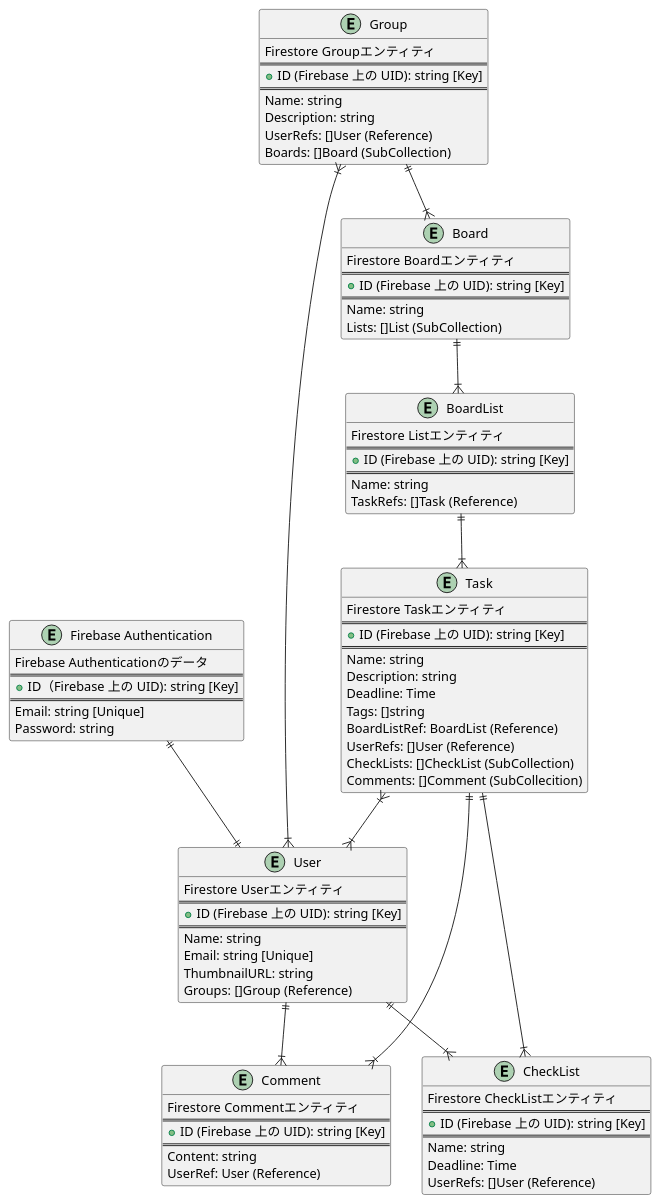
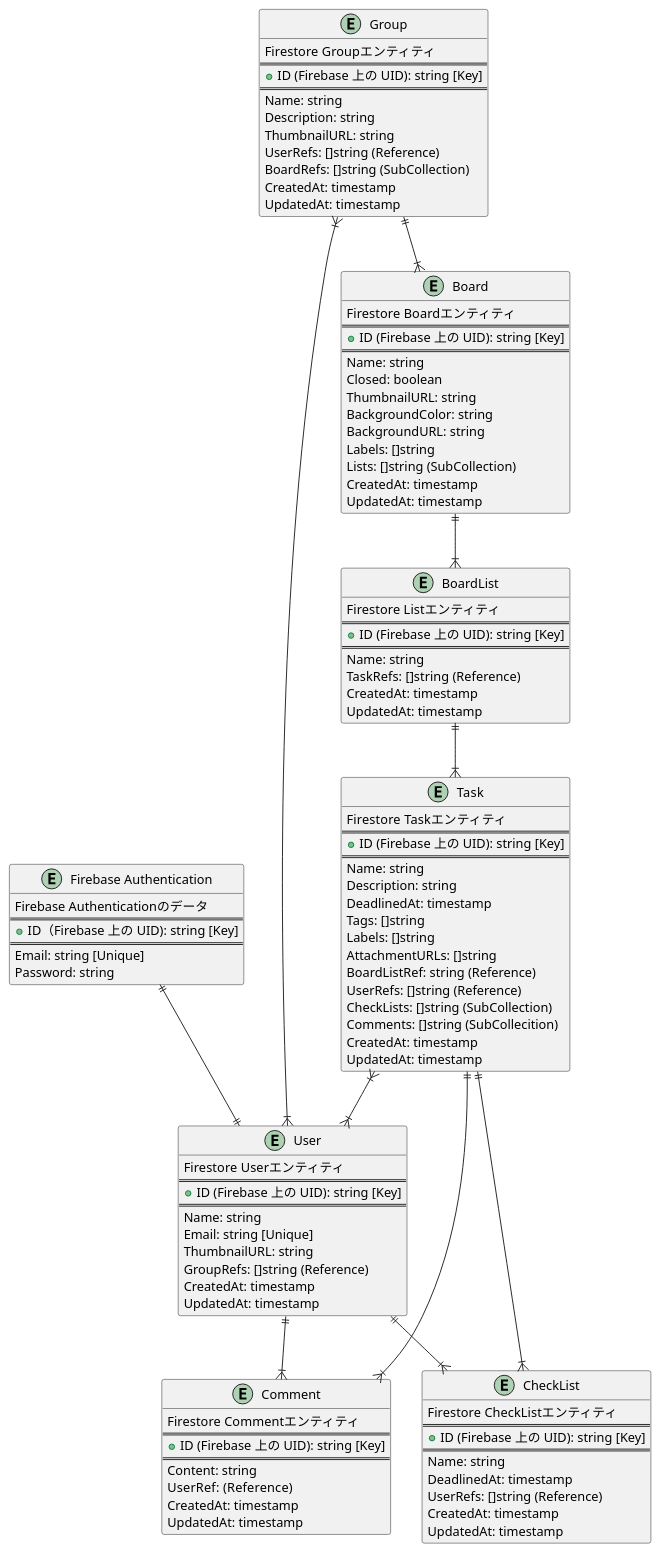
One commit to calmato/gran changed the diagram in doc/03_infrastructure/03_firestore/firestore.puml. Above: the diagram before and after it, drawn with PlantUML.

Commit message:
docs: データベースの設計を編集

```diff
--- a/doc/03_infrastructure/03_firestore/firestore.puml
+++ b/doc/03_infrastructure/03_firestore/firestore.puml
@@ -1,98 +1,120 @@
 @startuml firestore
 ' --- Entity --- '
 entity "Firebase Authentication" {
   Firebase Authenticationのデータ
   ==
   + ID（Firebase 上の UID): string [Key]
   ==
   Email: string [Unique]
   Password: string
 }
 
 entity "User" {
   Firestore Userエンティティ
   ==
   + ID (Firebase 上の UID): string [Key]
   ==
   Name: string
   Email: string [Unique]
   ThumbnailURL: string
-  Groups: []Group (Reference)
+  GroupRefs: []string (Reference)
+  CreatedAt: timestamp
+  UpdatedAt: timestamp
 }
 
 entity "Group" {
   Firestore Groupエンティティ
   ==
   + ID (Firebase 上の UID): string [Key]
   ==
   Name: string
   Description: string
-  UserRefs: []User (Reference)
-  Boards: []Board (SubCollection)
+  ThumbnailURL: string
+  UserRefs: []string (Reference)
+  BoardRefs: []string (SubCollection)
+  CreatedAt: timestamp
+  UpdatedAt: timestamp
 }
 
 entity "Board" {
   Firestore Boardエンティティ
   ==
   + ID (Firebase 上の UID): string [Key]
   ==
   Name: string
-  Lists: []List (SubCollection)
+  Closed: boolean
+  ThumbnailURL: string
+  BackgroundColor: string
+  BackgroundURL: string
+  Labels: []string
+  Lists: []string (SubCollection)
+  CreatedAt: timestamp
+  UpdatedAt: timestamp
 }
 
 entity "BoardList" {
   Firestore Listエンティティ
   ==
   + ID (Firebase 上の UID): string [Key]
   ==
   Name: string
-  TaskRefs: []Task (Reference)
+  TaskRefs: []string (Reference)
+  CreatedAt: timestamp
+  UpdatedAt: timestamp
 }
 
 entity "Task" {
   Firestore Taskエンティティ
   ==
   + ID (Firebase 上の UID): string [Key]
   ==
   Name: string
   Description: string
-  Deadline: Time
+  DeadlinedAt: timestamp
   Tags: []string
-  BoardListRef: BoardList (Reference)
-  UserRefs: []User (Reference)
-  CheckLists: []CheckList (SubCollection)
-  Comments: []Comment (SubCollecition)
+  Labels: []string
+  AttachmentURLs: []string
+  BoardListRef: string (Reference)
+  UserRefs: []string (Reference)
+  CheckLists: []string (SubCollection)
+  Comments: []string (SubCollecition)
+  CreatedAt: timestamp
+  UpdatedAt: timestamp
 }
 
 entity "CheckList" {
   Firestore CheckListエンティティ
   ==
   + ID (Firebase 上の UID): string [Key]
   ==
   Name: string
-  Deadline: Time
-  UserRefs: []User (Reference)
+  DeadlinedAt: timestamp
+  UserRefs: []string (Reference)
+  CreatedAt: timestamp
+  UpdatedAt: timestamp
 }
 
 entity "Comment" {
   Firestore Commentエンティティ
   ==
   + ID (Firebase 上の UID): string [Key]
   ==
   Content: string
-  UserRef: User (Reference)
+  UserRef:  (Reference)
+  CreatedAt: timestamp
+  UpdatedAt: timestamp
 }
 
 ' --- Relation --- '
 "Firebase Authentication" ||--|| User
 Board ||--|{ BoardList
 BoardList ||--|{ Task
 Group ||--|{ Board
 Group }|--|{ User
 Task ||--|{ CheckList
 Task }|--|{ User
 Task ||--|{ Comment
 User ||--|{ CheckList
 User ||--|{ Comment
 
 @enduml
```
